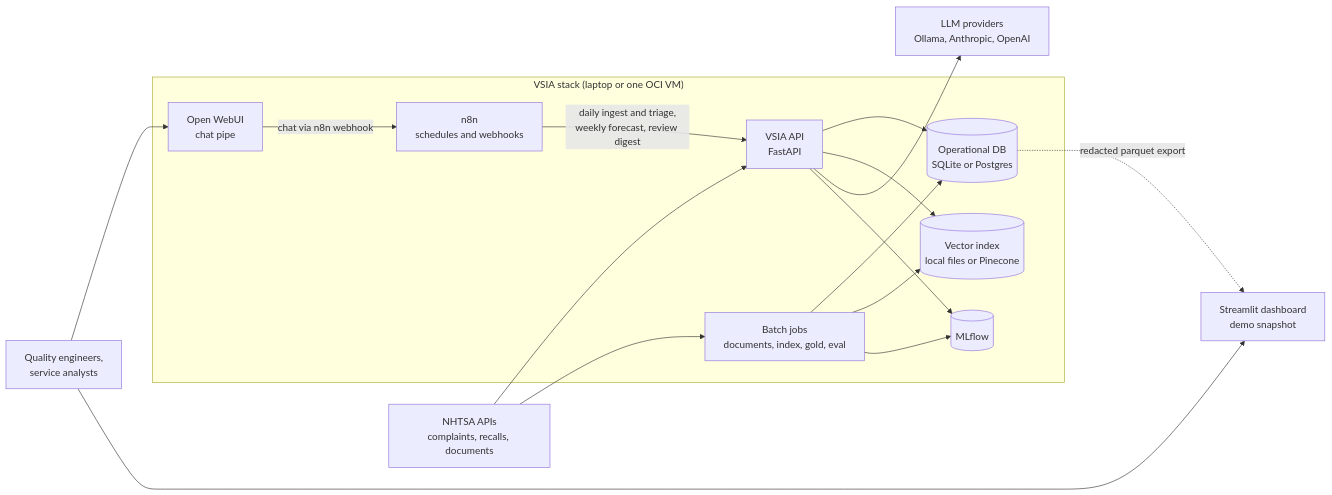
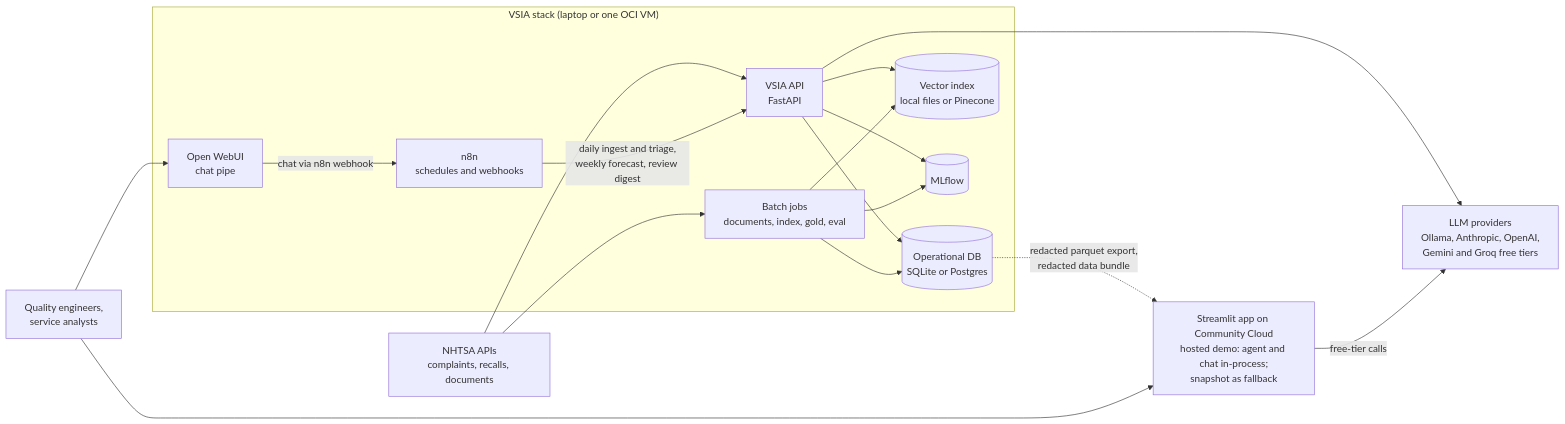
The diagram in docs/design/design-doc.md (Yashgujre/vehicle-service-intelligence-agent), drawn with Mermaid before and after one commit. The commit also changed other lines of this file and 37 other files, not shown here.

First line of the commit message:
Shareable hosted demo: free Gemini/Groq gateway, visitor keys, in-process embedder, data bundle, Try and Ask pages

````diff
--- a/docs/design/design-doc.md
+++ b/docs/design/design-doc.md
@@ -72,31 +72,32 @@
 ```mermaid
 flowchart LR
   nhtsa["NHTSA APIs<br/>complaints, recalls, documents"]
   subgraph vm["VSIA stack (laptop or one OCI VM)"]
     n8n["n8n<br/>schedules and webhooks"]
     api["VSIA API<br/>FastAPI"]
     jobs["Batch jobs<br/>documents, index, gold, eval"]
     db[("Operational DB<br/>SQLite or Postgres")]
     idx[("Vector index<br/>local files or Pinecone")]
     mlf[("MLflow")]
     owui["Open WebUI<br/>chat pipe"]
   end
-  llm["LLM providers<br/>Ollama, Anthropic, OpenAI"]
-  dash["Streamlit dashboard<br/>demo snapshot"]
+  llm["LLM providers<br/>Ollama, Anthropic, OpenAI,<br/>Gemini and Groq free tiers"]
+  dash["Streamlit app on Community Cloud<br/>hosted demo: agent and chat in-process;<br/>snapshot as fallback"]
   users["Quality engineers,<br/>service analysts"]
 
   nhtsa --> api
   nhtsa --> jobs
   n8n -->|"daily ingest and triage,<br/>weekly forecast, review digest"| api
   owui -->|"chat via n8n webhook"| n8n
   api --> db
   api --> idx
   api --> llm
   api --> mlf
   jobs --> db
   jobs --> idx
   jobs --> mlf
-  db -.->|"redacted parquet export"| dash
+  db -.->|"redacted parquet export,<br/>redacted data bundle"| dash
+  dash -->|"free-tier calls"| llm
   users --> owui
   users --> dash
 ```
````
